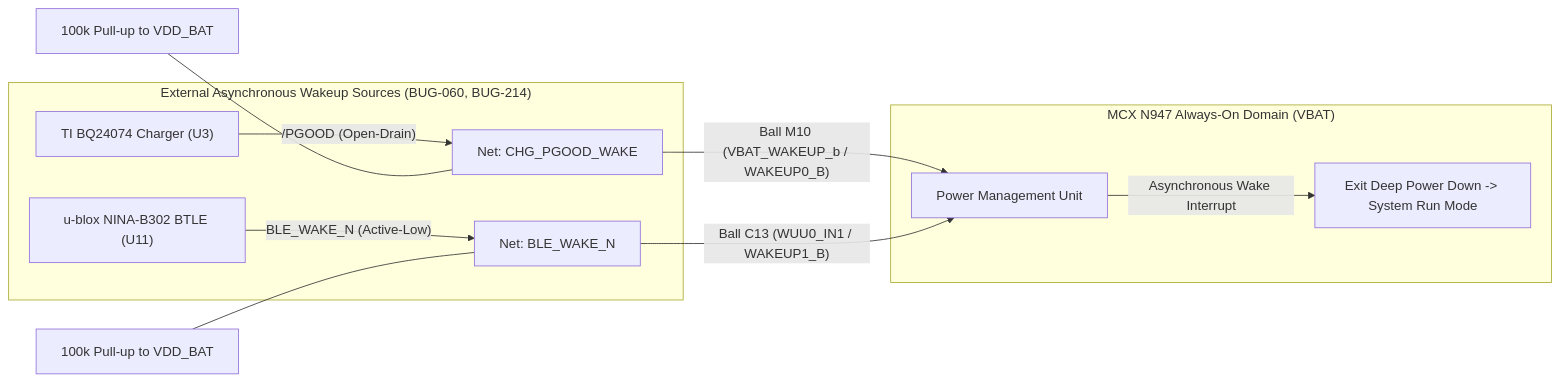
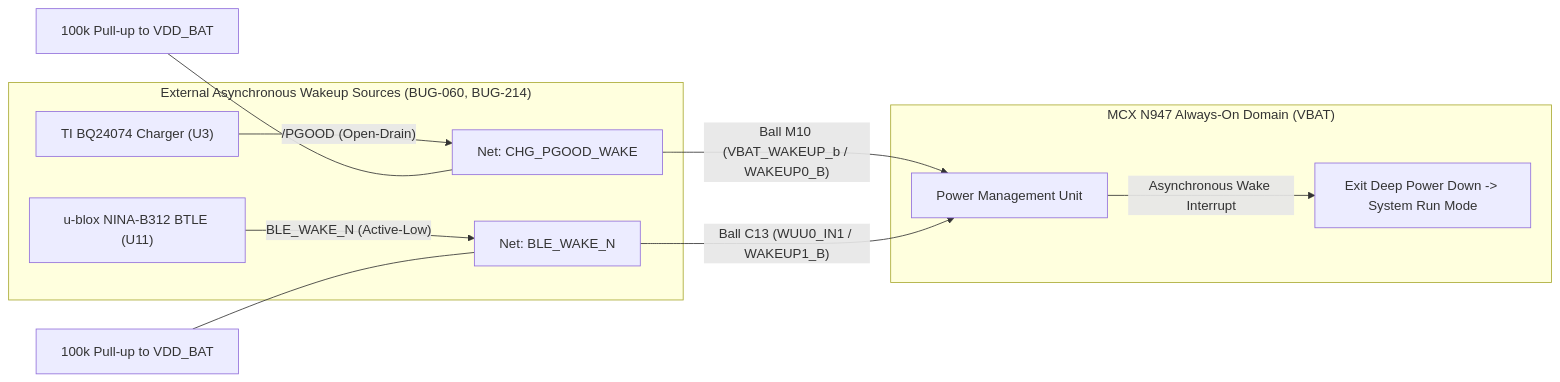
Before and after one commit to picklethecat1488-hue/hardware: the second of 3 diagrams in src/projects/carrier_board/docs/downselection_report.md, drawn with Mermaid. The commit also changed other lines of this file and 2 other files, not shown here.

````diff
--- a/src/projects/carrier_board/docs/downselection_report.md
+++ b/src/projects/carrier_board/docs/downselection_report.md
@@ -134,16 +135,16 @@
 ```mermaid
 flowchart LR
     subgraph Wakeup_Sources["External Asynchronous Wakeup Sources (BUG-060, BUG-214)"]
         CHG["TI BQ24074 Charger (U3)"] -->|"/PGOOD (Open-Drain)"| W0["Net: CHG_PGOOD_WAKE"]
-        BLE["u-blox NINA-B302 BTLE (U11)"] -->|"BLE_WAKE_N (Active-Low)"| W1["Net: BLE_WAKE_N"]
+        BLE["u-blox NINA-B312 BTLE (U11)"] -->|"BLE_WAKE_N (Active-Low)"| W1["Net: BLE_WAKE_N"]
     end
 
     subgraph MCXN947_AON["MCX N947 Always-On Domain (VBAT)"]
         W0 -->|"Ball M10 (VBAT_WAKEUP_b / WAKEUP0_B)"| PMU["Power Management Unit"]
         W1 -->|"Ball C13 (WUU0_IN1 / WAKEUP1_B)"| PMU
         PMU -->|"Asynchronous Wake Interrupt"| WAKE["Exit Deep Power Down -> System Run Mode"]
     end
 
     PU0["100k Pull-up to VDD_BAT"] --- W0
     PU1["100k Pull-up to VDD_BAT"] --- W1
 ```
````
